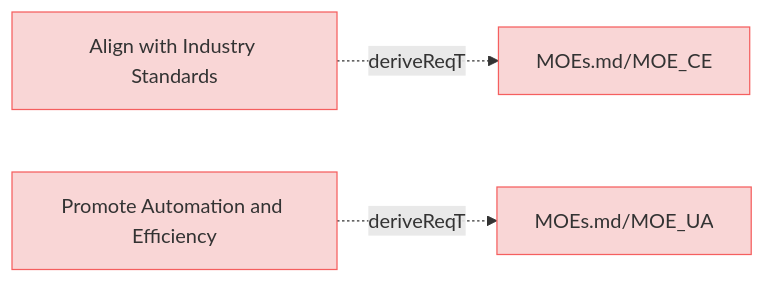
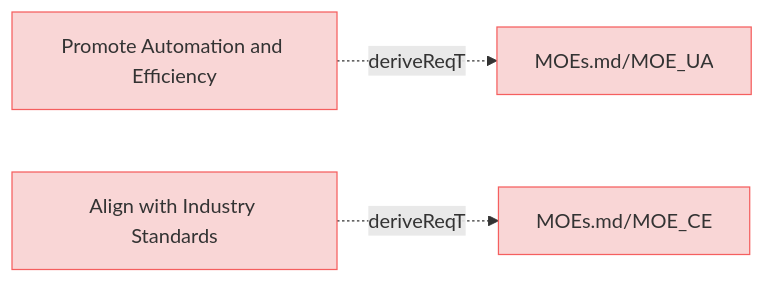
One commit to reqvire-org/reqvire changed the diagram in specifications/MissionRequirements.md. Above: the diagram before and after it, drawn with Mermaid. The commit also changed 17 other files, not shown here.

Commit message:
Auto-generate diagrams after PR merge to main

````diff
--- a/specifications/MissionRequirements.md
+++ b/specifications/MissionRequirements.md
@@ -5,23 +5,23 @@
 ```mermaid
 graph LR;
   %% Graph styling
   classDef requirement fill:#f9d6d6,stroke:#f55f5f,stroke-width:1px;
   classDef verification fill:#d6f9d6,stroke:#5fd75f,stroke-width:1px;
   classDef externalLink fill:#d0e0ff,stroke:#3080ff,stroke-width:1px;
   classDef default fill:#f5f5f5,stroke:#333333,stroke-width:1px;
 
-  cc8c3af529fef9f2["Align with Industry Standards"];
-  click cc8c3af529fef9f2 "https://github.com/ilijaljubicic/ReqFlow/blob/29a17f176519a28e973567d4102beb95f41075ed/specifications/MissionRequirements.md#align-with-industry-standards";
-  class cc8c3af529fef9f2 requirement;
-  b3f57e49f7494c0e["MOEs.md/MOE_CE"];
-  class b3f57e49f7494c0e requirement;
-  click b3f57e49f7494c0e "https://github.com/ilijaljubicic/ReqFlow/blob/29a17f176519a28e973567d4102beb95f41075ed/specifications/MOEs.md#moe_ce";
-  cc8c3af529fef9f2 -.->|deriveReqT| b3f57e49f7494c0e;
-  37960779163a9fc8["Promote Automation and Efficiency"];
-  click 37960779163a9fc8 "https://github.com/ilijaljubicic/ReqFlow/blob/29a17f176519a28e973567d4102beb95f41075ed/specifications/MissionRequirements.md#promote-automation-and-efficiency";
-  class 37960779163a9fc8 requirement;
-  f6237e49f7494c0e["MOEs.md/MOE_UA"];
-  class f6237e49f7494c0e requirement;
-  click f6237e49f7494c0e "https://github.com/ilijaljubicic/ReqFlow/blob/29a17f176519a28e973567d4102beb95f41075ed/specifications/MOEs.md#moe_ua";
-  37960779163a9fc8 -.->|deriveReqT| f6237e49f7494c0e;
+  f4d2c697be0f9733["Promote Automation and Efficiency"];
+  click f4d2c697be0f9733 "https://github.com/ilijaljubicic/ReqFlow/blob/73d5ae1d93adea71fdf4cc508be4d1ae09be068f/specifications/MissionRequirements.md#promote-automation-and-efficiency";
+  class f4d2c697be0f9733 requirement;
+  5d0b88381f707008["MOEs.md/MOE_UA"];
+  class 5d0b88381f707008 requirement;
+  click 5d0b88381f707008 "https://github.com/ilijaljubicic/ReqFlow/blob/73d5ae1d93adea71fdf4cc508be4d1ae09be068f/specifications/MOEs.md#moe_ua";
+  f4d2c697be0f9733 -.->|deriveReqT| 5d0b88381f707008;
+  64c3bd3606b9c679["Align with Industry Standards"];
+  click 64c3bd3606b9c679 "https://github.com/ilijaljubicic/ReqFlow/blob/73d5ae1d93adea71fdf4cc508be4d1ae09be068f/specifications/MissionRequirements.md#align-with-industry-standards";
+  class 64c3bd3606b9c679 requirement;
+  34ccc009ec6ea573["MOEs.md/MOE_CE"];
+  class 34ccc009ec6ea573 requirement;
+  click 34ccc009ec6ea573 "https://github.com/ilijaljubicic/ReqFlow/blob/73d5ae1d93adea71fdf4cc508be4d1ae09be068f/specifications/MOEs.md#moe_ce";
+  64c3bd3606b9c679 -.->|deriveReqT| 34ccc009ec6ea573;
 ```
````
